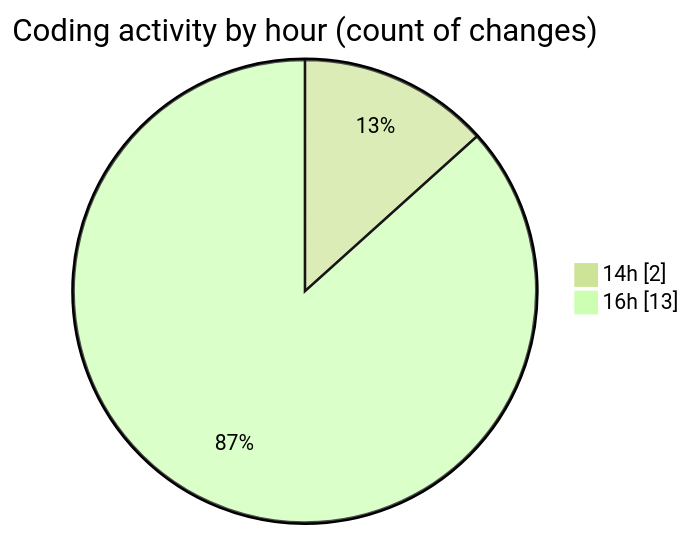
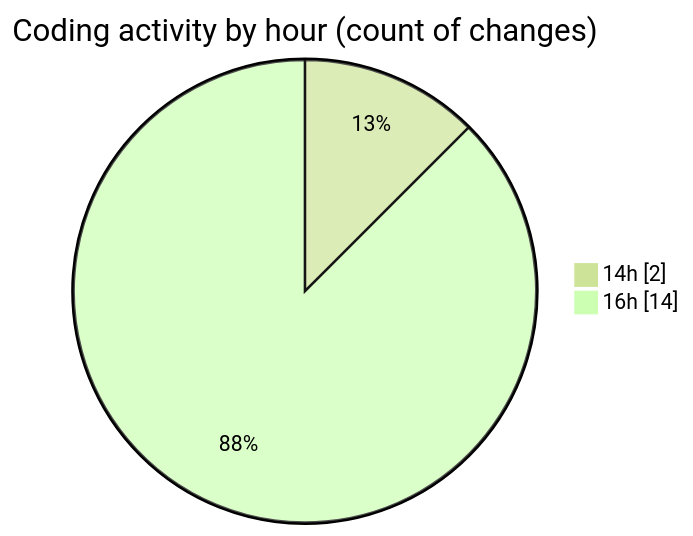
The second of 2 diagrams in 2026-01-05/budget_front_nest/README.md (igalym/code-tracking), drawn with Mermaid (forest theme) before and after one commit. The commit also changed other lines of this file and 1 other file, not shown here.

````diff
--- a/2026-01-05/budget_front_nest/README.md
+++ b/2026-01-05/budget_front_nest/README.md
@@ -34,6 +34,6 @@
 ```mermaid
 pie showData
 title Coding activity by hour (count of changes)
 "14h" : 2
-"16h" : 13
+"16h" : 14
 ```
````
